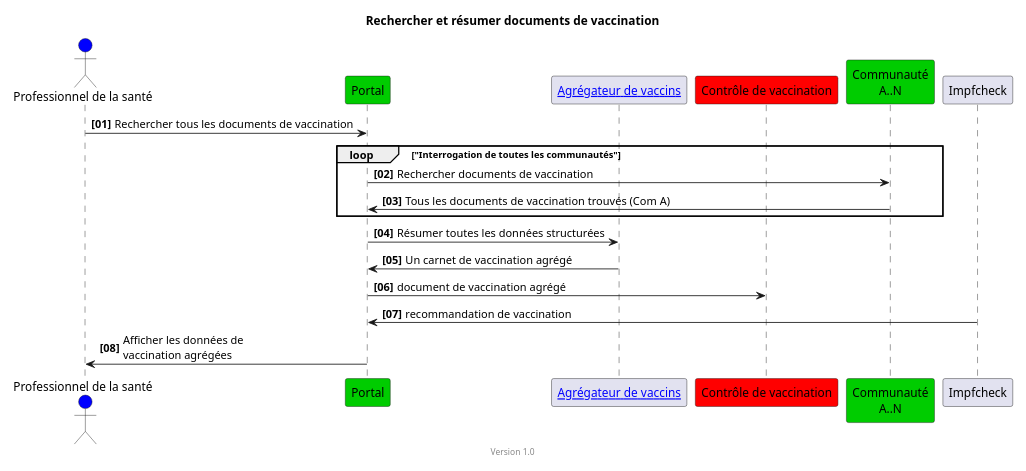
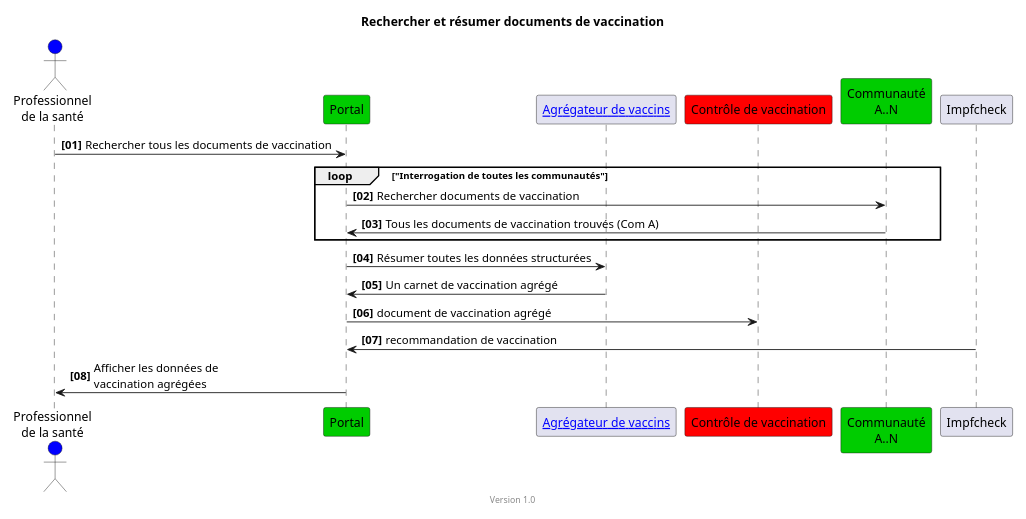
The diagram in input/images-source/epd-impfcheck-vaccination-docs-simple-fr.plantuml (hl7ch/ch-vacd), drawn with PlantUML before and after one commit. The commit also changed 4 other files, not shown here.

```diff
--- a/input/images-source/epd-impfcheck-vaccination-docs-simple-fr.plantuml
+++ b/input/images-source/epd-impfcheck-vaccination-docs-simple-fr.plantuml
@@ -1,27 +1,27 @@
 @startuml
 title Rechercher et résumer documents de vaccination
 footer Version 1.0
 skinparam responseMessageBelowArrow true
 scale max 800 width
 
-actor "Professionnel de la santé" AS Docteur #blue
+actor "Professionnel\nde la santé" AS Docteur #blue
 participant "Portal" #00CC00
 participant "[[aggregator.html Agrégateur de vaccins]]" as aggr
 participant "Contrôle de vaccination" #red
 
 participant "Communauté\nA..N" #00CC00
 
 autonumber "<b>[00]"
 Docteur -> "Portal": Rechercher tous les documents de vaccination
 loop "Interrogation de toutes les communautés"
 "Portal" -> "Communauté\nA..N": Rechercher documents de vaccination
 "Communauté\nA..N" -> "Portal": Tous les documents de vaccination trouvés (Com A)
 end
 "Portal" -> aggr: Résumer toutes les données structurées
 aggr ->  "Portal": Un carnet de vaccination agrégé
 ' "Portal" -> "Portal": pseudonymiser
 "Portal" ->  "Contrôle de vaccination": document de vaccination agrégé
 "Impfcheck" -> "Portal": recommandation de vaccination
 "Portal" -> Docteur: Afficher les données de\nvaccination agrégées
 
 @enduml
```
